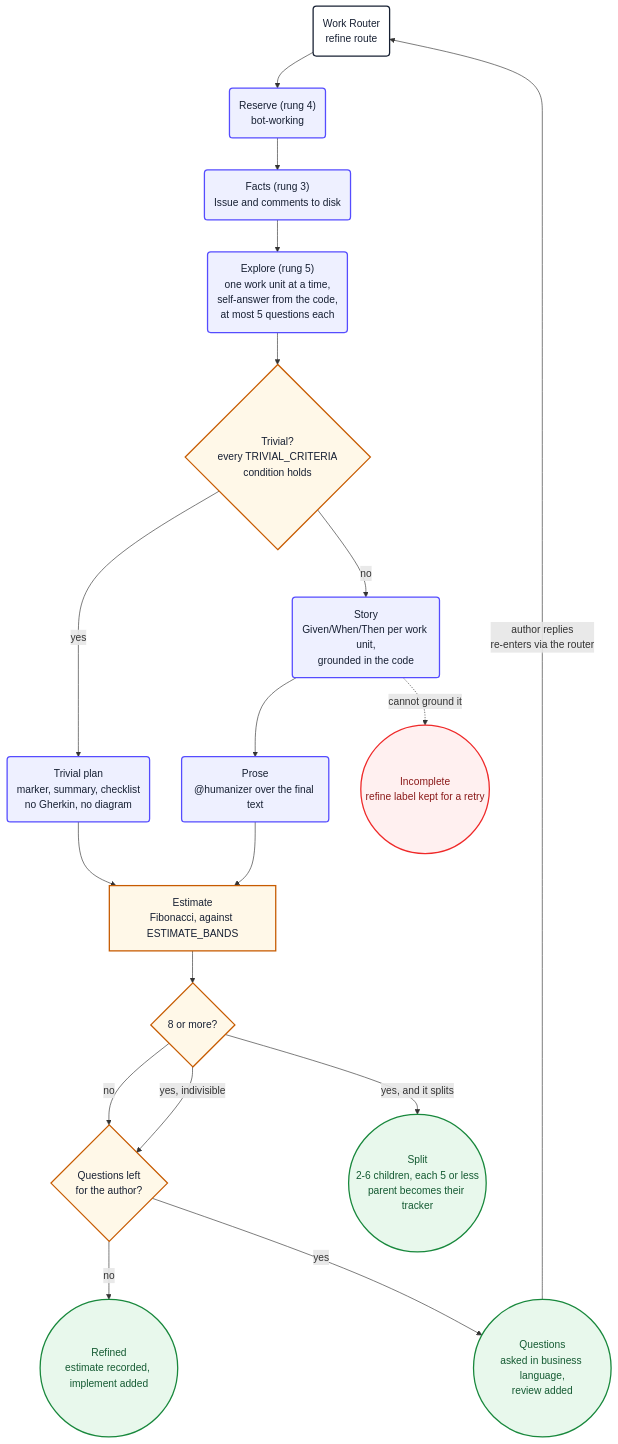
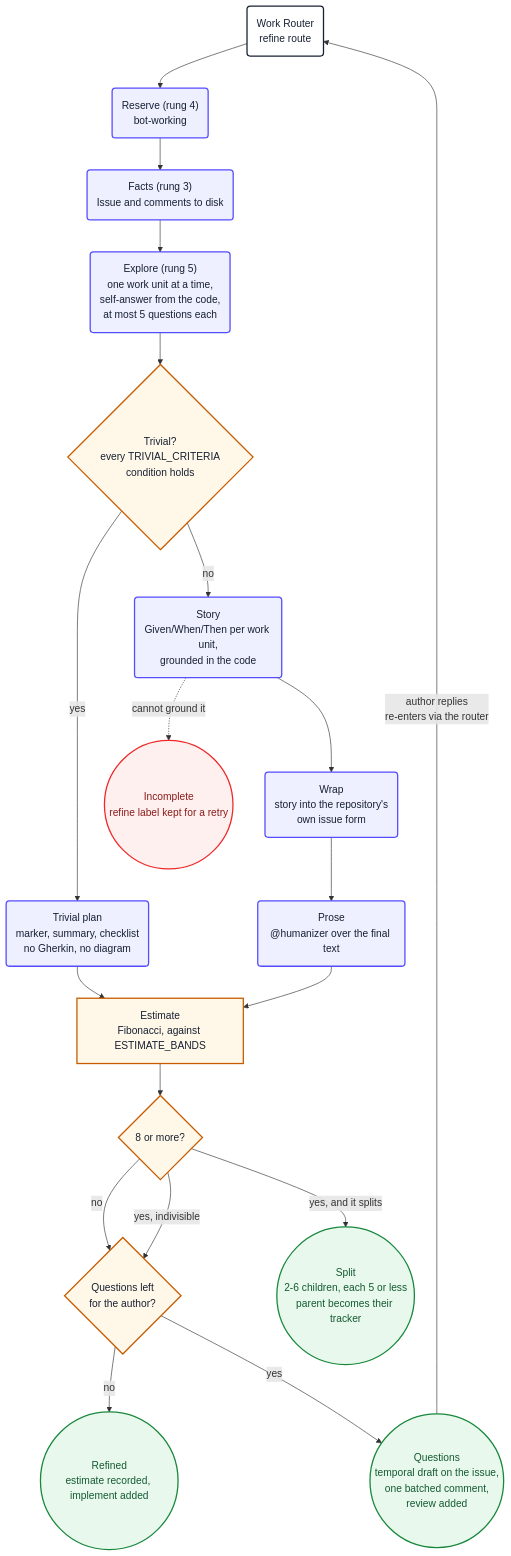
The fourth of 11 diagrams in docs/diagrams.md (PlainConceptsPlatform/agentic-workflows), drawn with Mermaid before and after one commit. The commit also changed other lines of this file and 5 other files, not shown here.

First line of the commit message:
Improve agent-refine question loop with template wrap and temporal draft (#14)

````diff
--- a/docs/diagrams.md
+++ b/docs/diagrams.md
@@ -167,38 +169,39 @@
 ```mermaid
 flowchart TD
     refStart("Work Router<br/>refine route") --> refReserve
     refReserve("Reserve (rung 4)<br/>bot-working") --> refFacts
     refFacts("Facts (rung 3)<br/>Issue and comments to disk") --> refExplore
     refExplore("Explore (rung 5)<br/>one work unit at a time,<br/>self-answer from the code,<br/>at most 5 questions each") --> refClassify
     refClassify{"Trivial?<br/>every TRIVIAL_CRITERIA<br/>condition holds"}
     refClassify -->|yes| refTrivial
     refClassify -->|no| refStory
     refTrivial("Trivial plan<br/>marker, summary, checklist<br/>no Gherkin, no diagram") --> refEstimate
-    refStory("Story<br/>Given/When/Then per work unit,<br/>grounded in the code") --> refProse
+    refStory("Story<br/>Given/When/Then per work unit,<br/>grounded in the code") --> refWrap
     refStory -.->|"cannot ground it"| refFail
+    refWrap("Wrap<br/>story into the repository's<br/>own issue form") --> refProse
     refProse("Prose<br/>@humanizer over the final text") --> refEstimate
     refEstimate["Estimate<br/>Fibonacci, against ESTIMATE_BANDS"] --> refSplit
     refSplit{"8 or more?"}
     refSplit -->|no| refOutcome
     refSplit -->|"yes, and it splits"| refChildren
     refSplit -->|"yes, indivisible"| refOutcome
     refChildren(("Split<br/>2-6 children, each 5 or less<br/>parent becomes their tracker"))
     refOutcome{"Questions left<br/>for the author?"}
     refOutcome -->|no| refDone
     refOutcome -->|yes| refAsk
     refDone(("Refined<br/>estimate recorded, implement added"))
-    refAsk(("Questions<br/>asked in business language,<br/>review added"))
+    refAsk(("Questions<br/>temporal draft on the issue,<br/>one batched comment,<br/>review added"))
     refAsk -->|"author replies<br/>re-enters via the router"| refStart
     refFail(("Incomplete<br/>refine label kept for a retry"))
 
     classDef start fill:#ffffff,stroke:#172033,stroke-width:2px,color:#172033
     classDef action fill:#eef0ff,stroke:#554cff,stroke-width:2px,color:#172033
     classDef decision fill:#fff8e8,stroke:#c75b00,stroke-width:2px,color:#172033
     classDef failure fill:#fff0f0,stroke:#ef2929,stroke-width:2px,color:#8b1a1a
     classDef success fill:#e8f8ec,stroke:#18883c,stroke-width:2px,color:#145a32
     class refStart start
-    class refReserve,refFacts,refExplore,refTrivial,refStory,refProse action
+    class refReserve,refFacts,refExplore,refTrivial,refStory,refWrap,refProse action
     class refClassify,refEstimate,refSplit,refOutcome decision
     class refFail failure
     class refDone,refAsk,refChildren success
 ```
````
